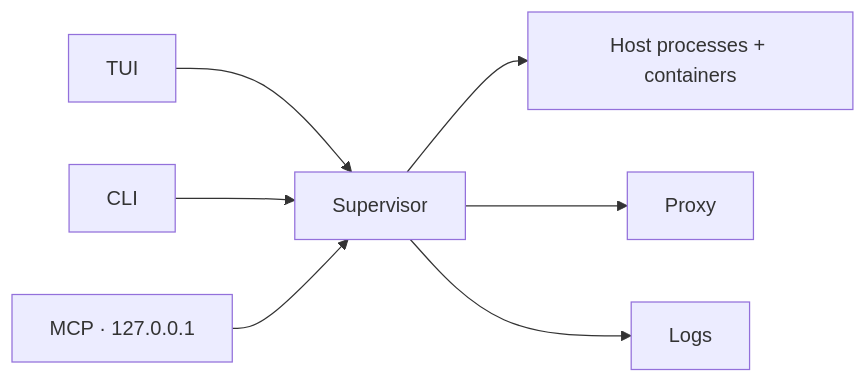
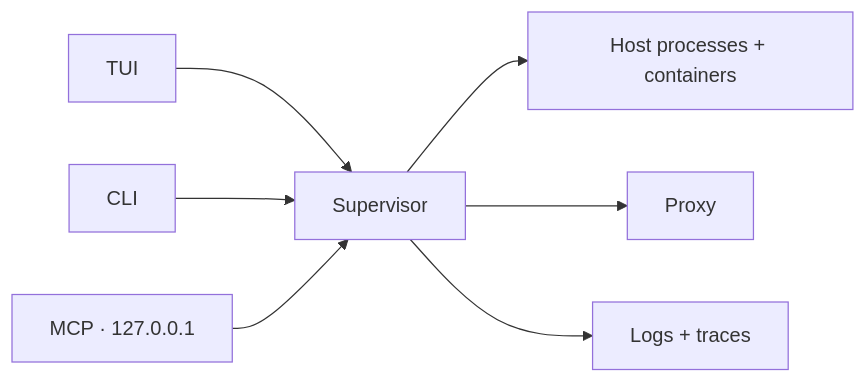
The diagram in README.md (amr-m-abdelgawad/devctl), drawn with Mermaid before and after one commit. The commit also changed other lines of this file and 111 other files, not shown here.

````diff
--- a/README.md
+++ b/README.md
@@ -129,9 +136,9 @@
 ```mermaid
 flowchart LR
   TUI --> Supervisor
   CLI --> Supervisor
   MCP["MCP · 127.0.0.1"] --> Supervisor
   Supervisor --> Runtime["Host processes + containers"]
   Supervisor --> Proxy
-  Supervisor --> Logs
+  Supervisor --> Logs["Logs + traces"]
 ```
````
